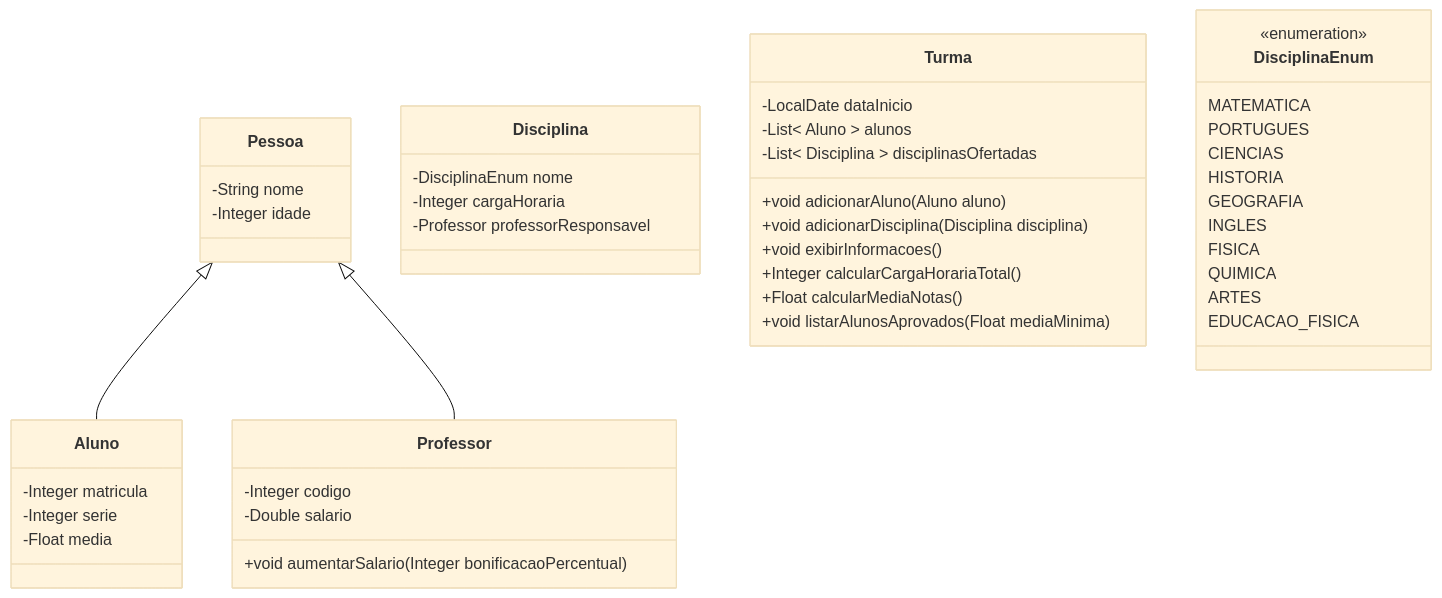
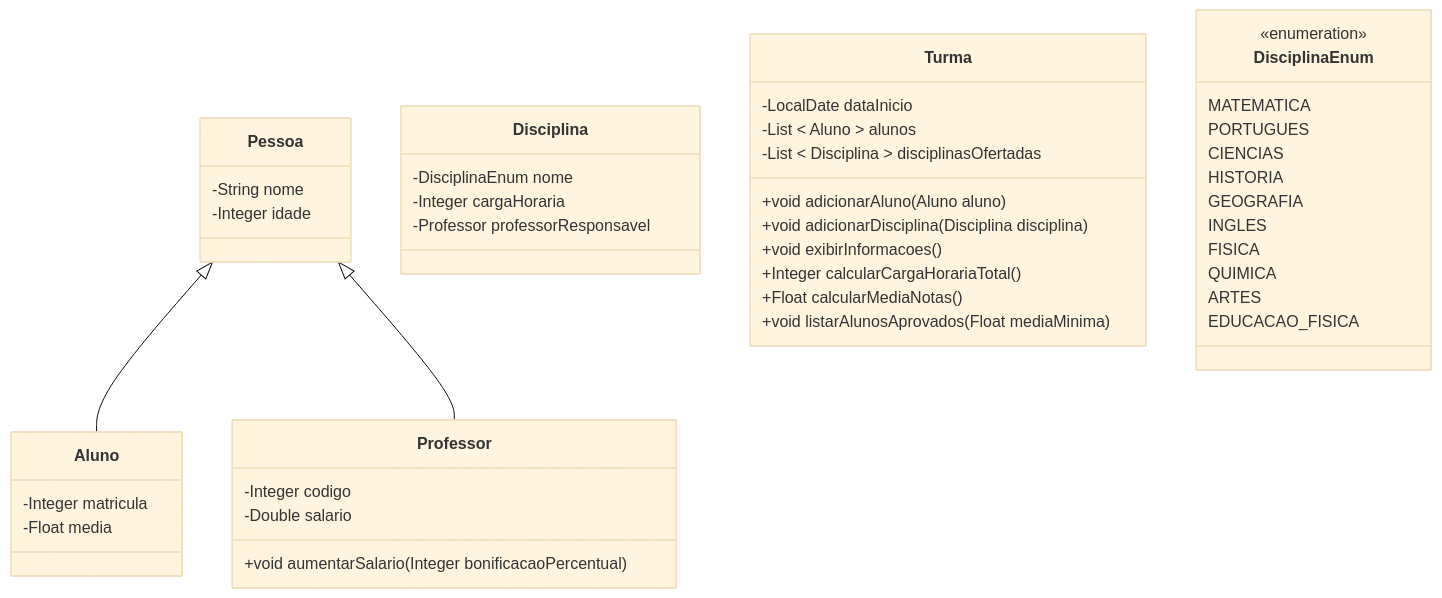
One commit to heltonricardo/enunciados-exercicios-java changed the diagram in exercicio-002-a/README.md. Above: the diagram before and after it, drawn with Mermaid (base theme).

Commit message:
exercicio 2a

````diff
--- a/exercicio-002-a/README.md
+++ b/exercicio-002-a/README.md
@@ -11,55 +11,54 @@
 ```mermaid
 classDiagram
 
 class Pessoa {
   -String nome
   -Integer idade
 }
 
 class Aluno {
   -Integer matricula
-  -Integer serie
   -Float media
 }
 
 class Professor {
   -Integer codigo
   -Double salario
   +void aumentarSalario(Integer bonificacaoPercentual)
 }
 
 class Disciplina {
   -DisciplinaEnum nome
   -Integer cargaHoraria
   -Professor professorResponsavel
 }
 
 class Turma {
   -LocalDate dataInicio
-  -List< Aluno > alunos
-  -List< Disciplina > disciplinasOfertadas
+  -List < Aluno > alunos
+  -List < Disciplina > disciplinasOfertadas
   +void adicionarAluno(Aluno aluno)
   +void adicionarDisciplina(Disciplina disciplina)
   +void exibirInformacoes()
   +Integer calcularCargaHorariaTotal()
   +Float calcularMediaNotas()
   +void listarAlunosAprovados(Float mediaMinima)
 }
 
 class DisciplinaEnum {
   <<enumeration>>
   MATEMATICA
   PORTUGUES
   CIENCIAS
   HISTORIA
   GEOGRAFIA
   INGLES
   FISICA
   QUIMICA
   ARTES
   EDUCACAO_FISICA
 }
 
 Pessoa <|-- Aluno
 Pessoa <|-- Professor
 ```
````
